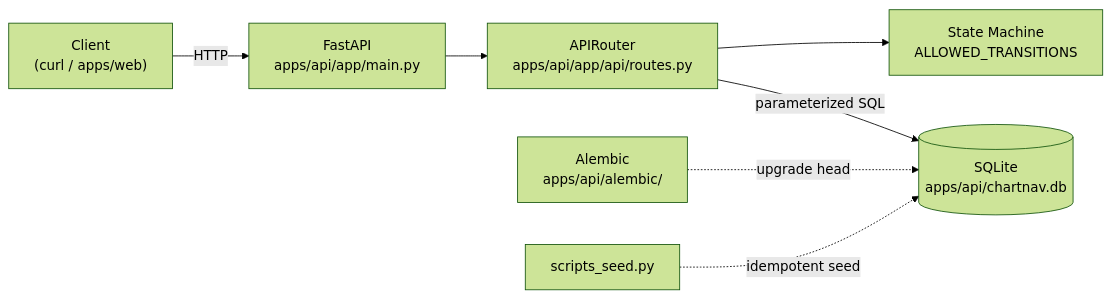
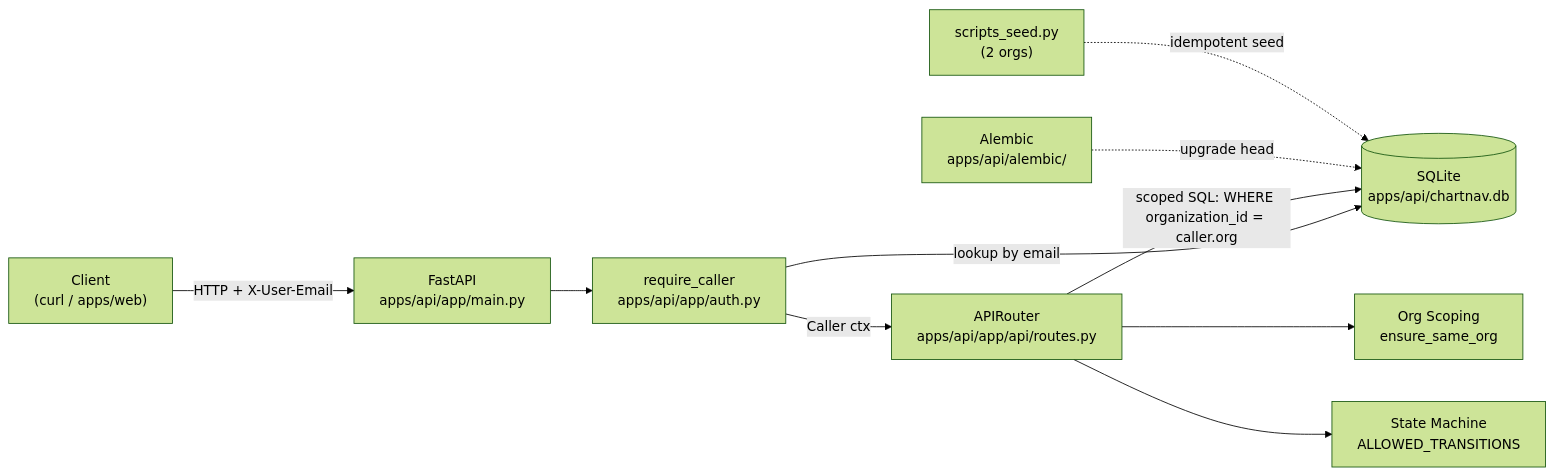
One commit to thekidd2227/chartnav-platform changed the diagram in docs/diagrams/system-architecture.md. Above: the diagram before and after it, drawn with Mermaid (forest theme). The commit also changed 13 other files, not shown here.

````diff
--- a/docs/diagrams/system-architecture.md
+++ b/docs/diagrams/system-architecture.md
@@ -3,16 +3,22 @@
 ```mermaid
 flowchart LR
   Client["Client<br/>(curl / apps/web)"]
   FastAPI["FastAPI<br/>apps/api/app/main.py"]
+  Auth["require_caller<br/>apps/api/app/auth.py"]
   Router["APIRouter<br/>apps/api/app/api/routes.py"]
   SM["State Machine<br/>ALLOWED_TRANSITIONS"]
+  Scope["Org Scoping<br/>ensure_same_org"]
   DB[("SQLite<br/>apps/api/chartnav.db")]
   Alembic["Alembic<br/>apps/api/alembic/"]
-  Seed["scripts_seed.py"]
+  Seed["scripts_seed.py<br/>(2 orgs)"]
 
-  Client -->|HTTP| FastAPI --> Router
+  Client -->|"HTTP + X-User-Email"| FastAPI
+  FastAPI --> Auth
+  Auth -->|"lookup by email"| DB
+  Auth -->|"Caller ctx"| Router
+  Router --> Scope
   Router --> SM
-  Router -->|parameterized SQL| DB
-  Alembic -.->|upgrade head| DB
-  Seed -.->|idempotent seed| DB
+  Router -->|"scoped SQL: WHERE organization_id = caller.org"| DB
+  Alembic -.->|"upgrade head"| DB
+  Seed -.->|"idempotent seed"| DB
 ```
````
